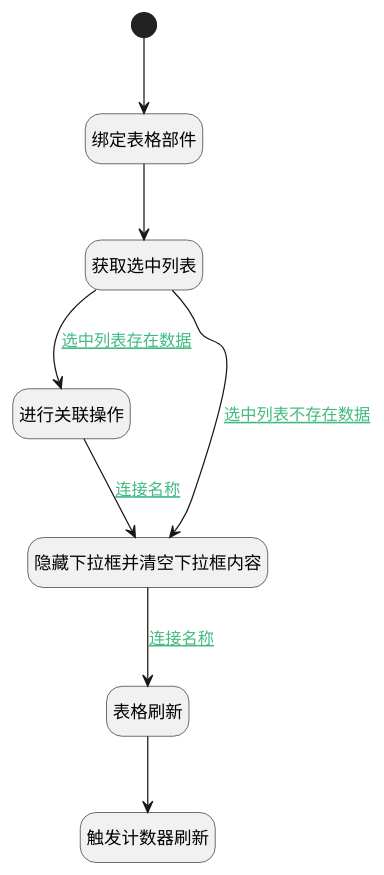
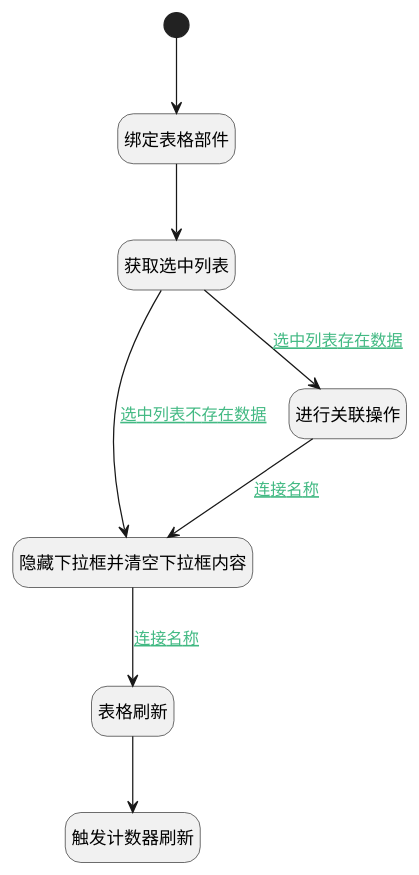
One commit to iBizLab/plm changed the diagram in doc/docsify/module/ProjMgmt/work_item/uilogic/idea_relation_work_item.md. Above: the diagram before and after it, drawn with PlantUML. The commit also changed other lines of this file and 1276 other files, not shown here.

````diff
--- a/doc/docsify/module/ProjMgmt/work_item/uilogic/idea_relation_work_item.md
+++ b/doc/docsify/module/ProjMgmt/work_item/uilogic/idea_relation_work_item.md
@@ -7,30 +7,30 @@
 ```plantuml
 @startuml
 hide footbox
 <style>
 root {
   HyperlinkColor #42b983
 }
 </style>
 
 hide empty description
 state "开始" as Begin <<start>> [[$./idea_relation_work_item#begin {开始}]]
+state "隐藏下拉框并清空下拉框内容" as RAWJSCODE1  [[$./idea_relation_work_item#rawjscode1 {隐藏下拉框并清空下拉框内容}]]
+state "触发计数器刷新" as RAWJSCODE3  [[$./idea_relation_work_item#rawjscode3 {触发计数器刷新}]]
 state "绑定表格部件" as PREPAREJSPARAM1  [[$./idea_relation_work_item#preparejsparam1 {绑定表格部件}]]
+state "表格刷新" as VIEWCTRLINVOKE1  [[$./idea_relation_work_item#viewctrlinvoke1 {表格刷新}]]
+state "获取选中列表" as RAWJSCODE2  [[$./idea_relation_work_item#rawjscode2 {获取选中列表}]]
 state "进行关联操作" as DEACTION1  [[$./idea_relation_work_item#deaction1 {进行关联操作}]]
-state "隐藏下拉框并清空下拉框内容" as RAWJSCODE1  [[$./idea_relation_work_item#rawjscode1 {隐藏下拉框并清空下拉框内容}]]
-state "获取选中列表" as RAWJSCODE2  [[$./idea_relation_work_item#rawjscode2 {获取选中列表}]]
-state "触发计数器刷新" as RAWJSCODE3  [[$./idea_relation_work_item#rawjscode3 {触发计数器刷新}]]
-state "表格刷新" as VIEWCTRLINVOKE1  [[$./idea_relation_work_item#viewctrlinvoke1 {表格刷新}]]
 
 
 Begin --> PREPAREJSPARAM1
 PREPAREJSPARAM1 --> RAWJSCODE2
 RAWJSCODE2 --> DEACTION1 : [[$./idea_relation_work_item#rawjscode2-deaction1{选中列表存在数据} 选中列表存在数据]]
 DEACTION1 --> RAWJSCODE1 : [[$./idea_relation_work_item#deaction1-rawjscode1{连接名称} 连接名称]]
 RAWJSCODE1 --> VIEWCTRLINVOKE1 : [[$./idea_relation_work_item#rawjscode1-viewctrlinvoke1{连接名称} 连接名称]]
 VIEWCTRLINVOKE1 --> RAWJSCODE3
 RAWJSCODE2 --> RAWJSCODE1 : [[$./idea_relation_work_item#rawjscode2-rawjscode1{选中列表不存在数据} 选中列表不存在数据]]
 
 
 @enduml
 ```
````
